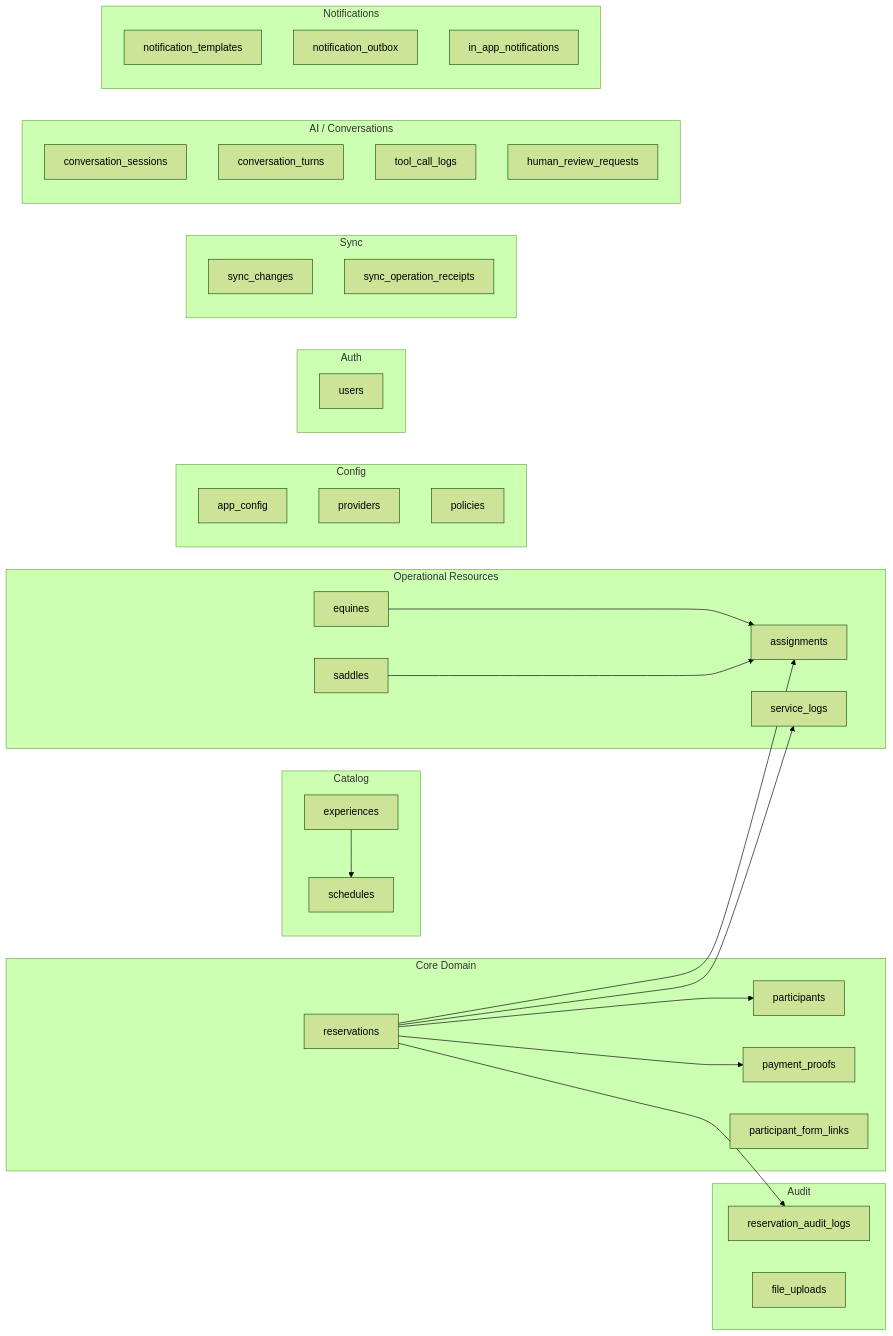
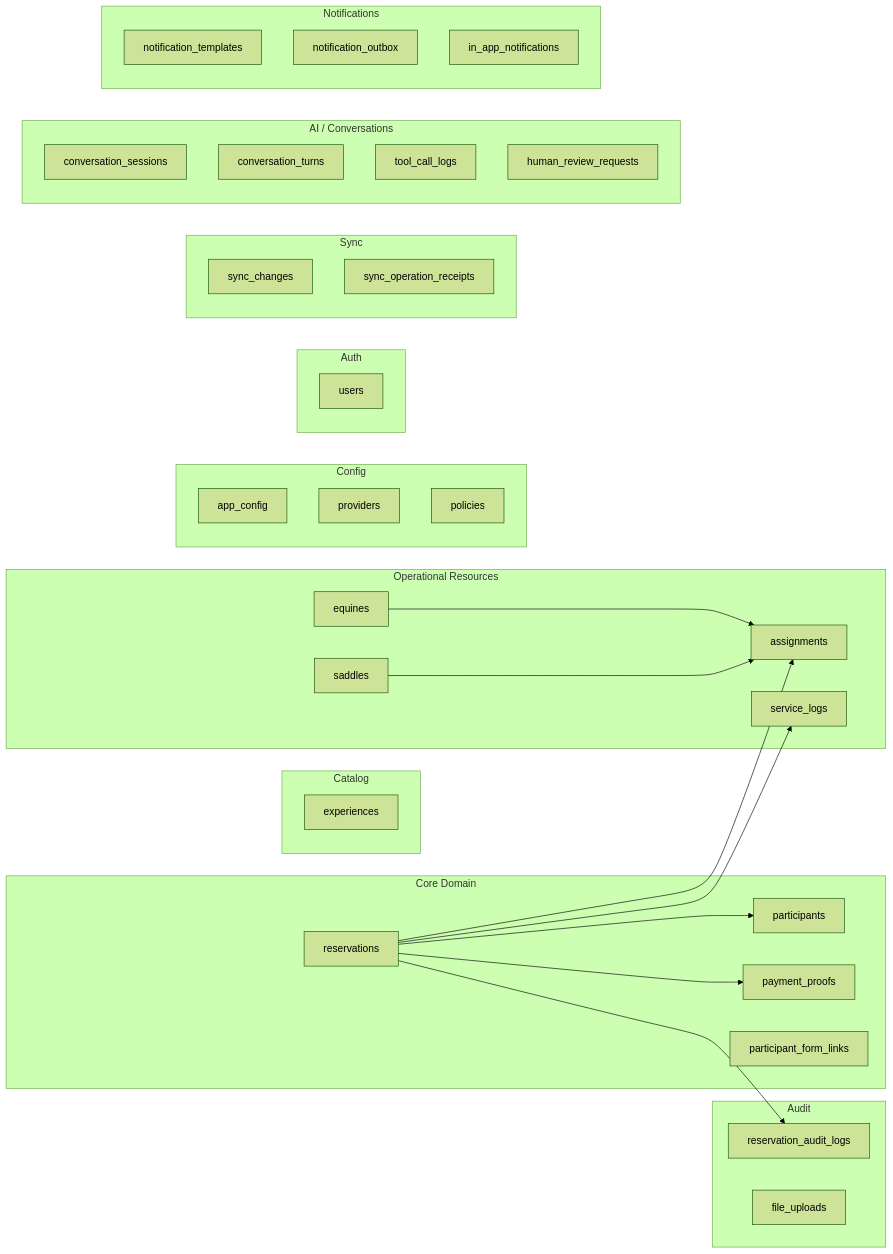
One commit to tumbergia/lajuana changed the diagram in docs/architecture/DATABASE.md. Above: the diagram before and after it, drawn with Mermaid (forest theme). The commit also changed other lines of this file and 95 other files, not shown here.

````diff
--- a/docs/architecture/DATABASE.md
+++ b/docs/architecture/DATABASE.md
@@ -7,63 +7,61 @@
 ```mermaid
 flowchart LR
   subgraph Core["Core Domain"]
     R["reservations"]
     P["participants"]
     PP["payment_proofs"]
     PL["participant_form_links"]
   end
 
   subgraph Catalog["Catalog"]
     E["experiences"]
-    S["schedules"]
   end
 
   subgraph Resources["Operational Resources"]
     EQ["equines"]
     SA["saddles"]
     A["assignments"]
     SL["service_logs"]
   end
 
   subgraph Config["Config"]
     AC["app_config"]
     PR["providers"]
     PO["policies"]
   end
 
   subgraph Auth["Auth"]
     U["users"]
   end
 
   subgraph Sync["Sync"]
     SC["sync_changes"]
     SR["sync_operation_receipts"]
   end
 
   subgraph AI["AI / Conversations"]
     CS["conversation_sessions"]
     CT["conversation_turns"]
     TCL["tool_call_logs"]
     HBR["human_review_requests"]
   end
 
   subgraph Notifications["Notifications"]
     NT["notification_templates"]
     NO["notification_outbox"]
     IAN["in_app_notifications"]
   end
 
   subgraph Audit["Audit"]
     RAL["reservation_audit_logs"]
     FU["file_uploads"]
   end
 
   R --> P
   R --> PP
   R --> SL
   R --> A
   R --> RAL
-  E --> S
   EQ --> A
   SA --> A
 ```
````
